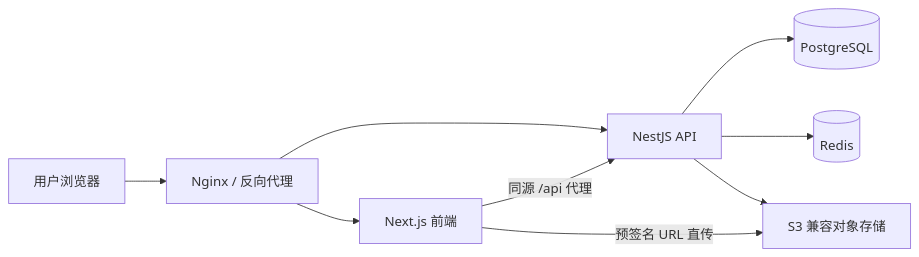
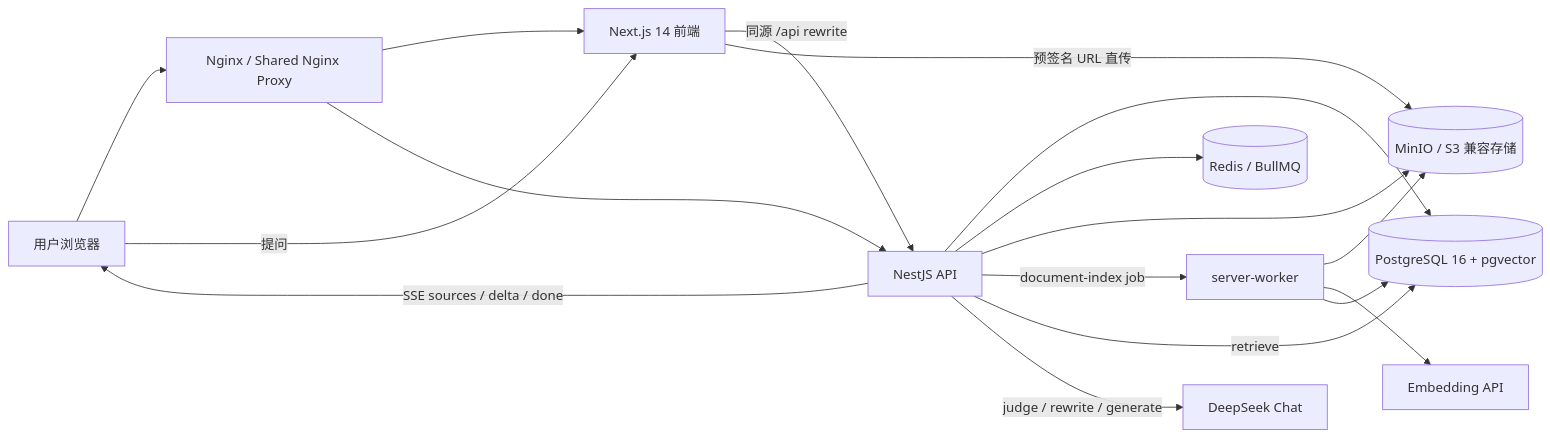
The diagram in README.md (KeXiongpeng/CloudStore), drawn with Mermaid before and after one commit. The commit also changed other lines of this file and 4 other files, not shown here.

Commit message:
docs(deploy): add D6 architecture, runbook, and release plan

````diff
--- a/README.md
+++ b/README.md
@@ -29,11 +32,23 @@
 ```mermaid
 flowchart LR
-  U[用户浏览器] --> N[Nginx / 反向代理]
-  N --> F[Next.js 前端]
-  N --> B[NestJS API]
-  F -->|同源 /api 代理| B
-  B --> P[(PostgreSQL)]
-  B --> R[(Redis)]
-  B --> S[S3 兼容对象存储]
-  F -->|预签名 URL 直传| S
+  U[用户浏览器] --> P[Nginx / Shared Nginx Proxy]
+  P --> F[Next.js 14 前端]
+  P --> A[NestJS API]
+
+  F -->|同源 /api rewrite| A
+  F -->|预签名 URL 直传| S[(MinIO / S3 兼容存储)]
+
+  A --> D[(PostgreSQL 16 + pgvector)]
+  A --> R[(Redis / BullMQ)]
+  A --> S
+
+  A -->|document-index job| W[server-worker]
+  W --> S
+  W --> E[Embedding API]
+  W --> D
+
+  U -->|提问| F
+  A -->|retrieve| D
+  A -->|judge / rewrite / generate| L[DeepSeek Chat]
+  A -->|SSE sources / delta / done| U
 ```
````
